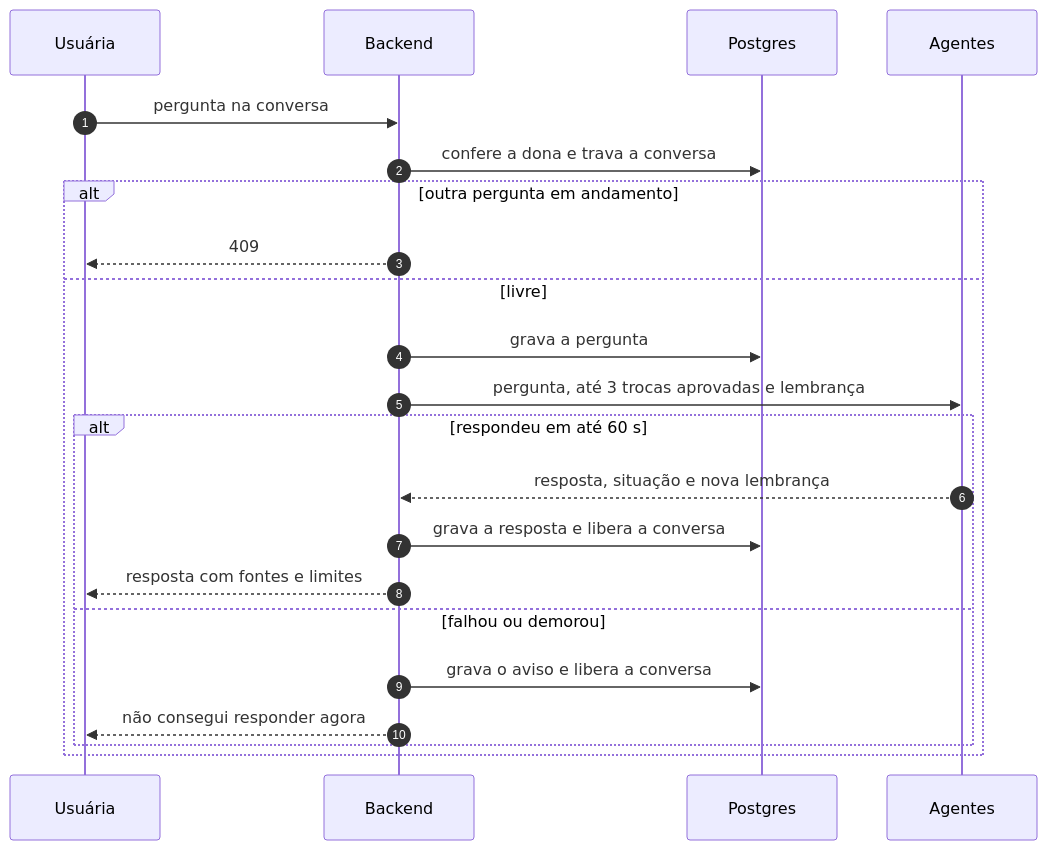
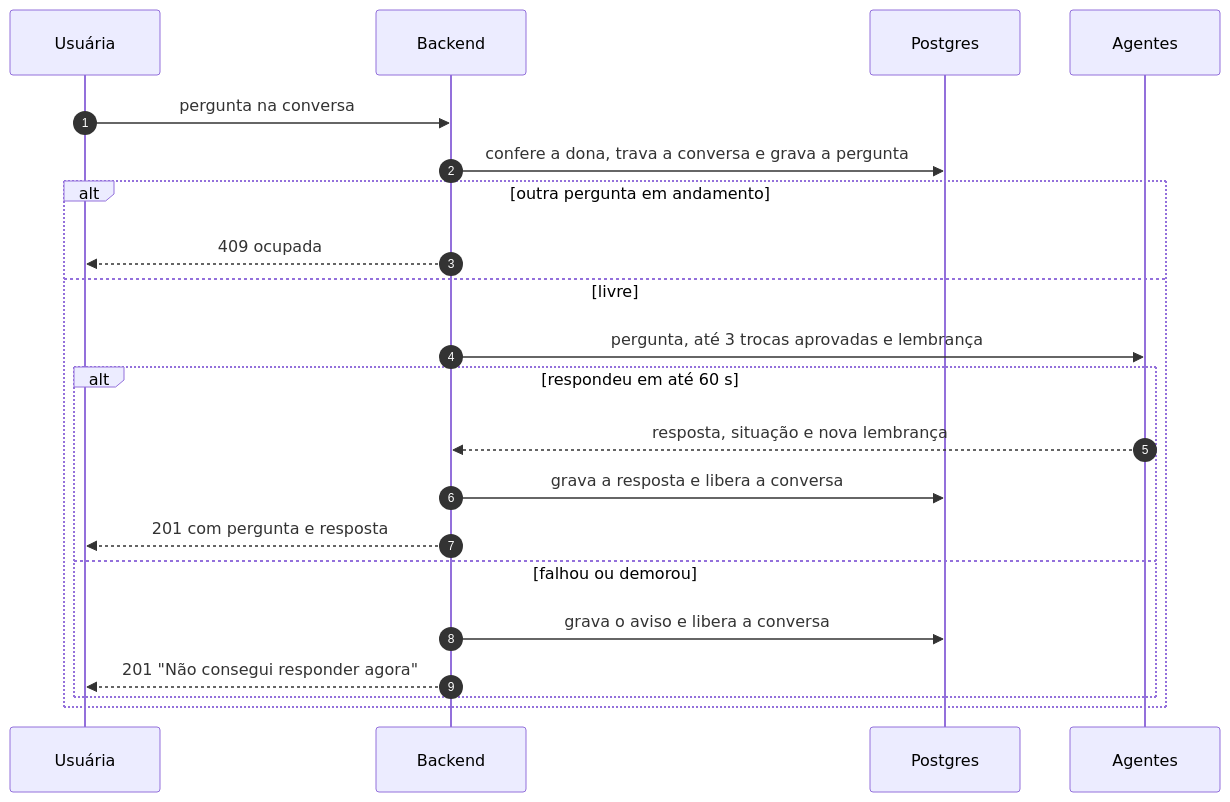
Before and after one commit to ArtemisHubApp/artemishub_docs: the second of 2 diagrams in docs/arquitetura/backend.md, drawn with Mermaid. The commit also changed other lines of this file and 5 other files, not shown here.

````diff
--- a/docs/arquitetura/backend.md
+++ b/docs/arquitetura/backend.md
@@ -30,24 +31,23 @@
 ```mermaid
 sequenceDiagram
     autonumber
     participant U as Usuária
     participant B as Backend
     participant P as Postgres
     participant A as Agentes
     U->>B: pergunta na conversa
-    B->>P: confere a dona e trava a conversa
+    B->>P: confere a dona, trava a conversa e grava a pergunta
     alt outra pergunta em andamento
-        B-->>U: 409
+        B-->>U: 409 ocupada
     else livre
-        B->>P: grava a pergunta
         B->>A: pergunta, até 3 trocas aprovadas e lembrança
         alt respondeu em até 60 s
             A-->>B: resposta, situação e nova lembrança
             B->>P: grava a resposta e libera a conversa
-            B-->>U: resposta com fontes e limites
+            B-->>U: 201 com pergunta e resposta
         else falhou ou demorou
             B->>P: grava o aviso e libera a conversa
-            B-->>U: não consegui responder agora
+            B-->>U: 201 "Não consegui responder agora"
         end
     end
 ```
````
